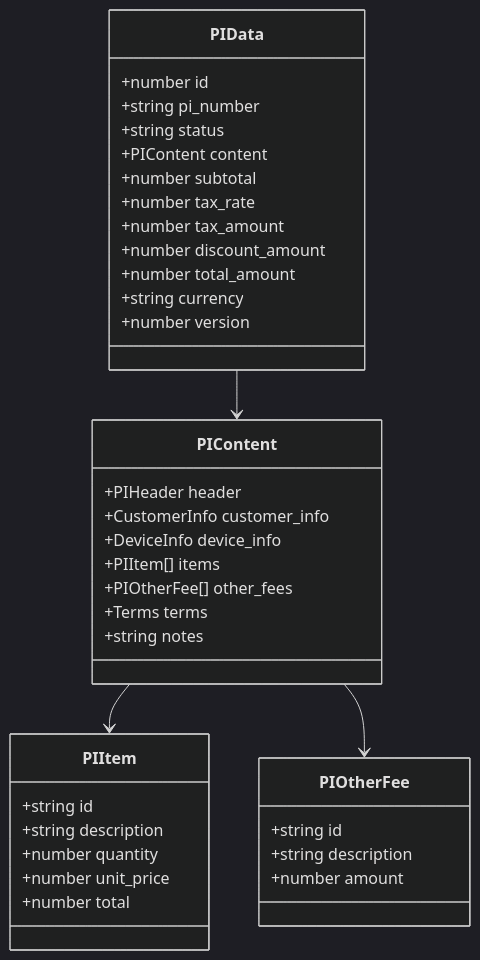
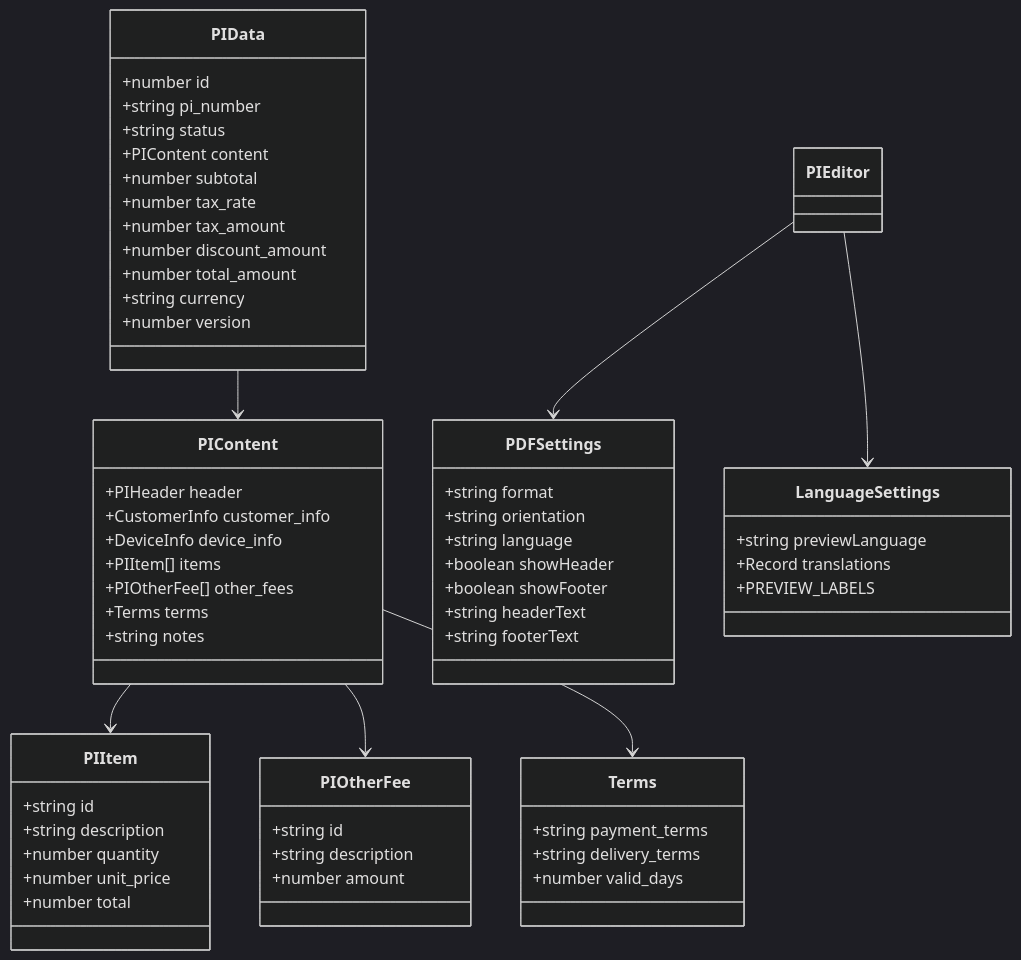
Before and after one commit to CubeEdge/Longhorn: the second of 11 diagrams in .qoder/repowiki/zh/content/Pi Editor Component.md, drawn with Mermaid (dark theme). The commit also changed other lines of this file and 53 other files, not shown here.

````diff
--- a/.qoder/repowiki/zh/content/Pi Editor Component.md
+++ b/.qoder/repowiki/zh/content/Pi Editor Component.md
@@ -62,40 +93,62 @@
 ```mermaid
 classDiagram
 class PIData {
 +number id
 +string pi_number
 +string status
 +PIContent content
 +number subtotal
 +number tax_rate
 +number tax_amount
 +number discount_amount
 +number total_amount
 +string currency
 +number version
 }
 class PIContent {
 +PIHeader header
 +CustomerInfo customer_info
 +DeviceInfo device_info
 +PIItem[] items
 +PIOtherFee[] other_fees
 +Terms terms
 +string notes
 }
 class PIItem {
 +string id
 +string description
 +number quantity
 +number unit_price
 +number total
 }
 class PIOtherFee {
 +string id
 +string description
 +number amount
 }
+class Terms {
++string payment_terms
++string delivery_terms
++number valid_days
+}
+class PDFSettings {
++string format
++string orientation
++string language
++boolean showHeader
++boolean showFooter
++string headerText
++string footerText
+}
+class LanguageSettings {
++string previewLanguage
++Record translations
++PREVIEW_LABELS
+}
 PIData --> PIContent
 PIContent --> PIItem
 PIContent --> PIOtherFee
+PIContent --> Terms
+PIEditor --> PDFSettings
+PIEditor --> LanguageSettings
 ```
````
